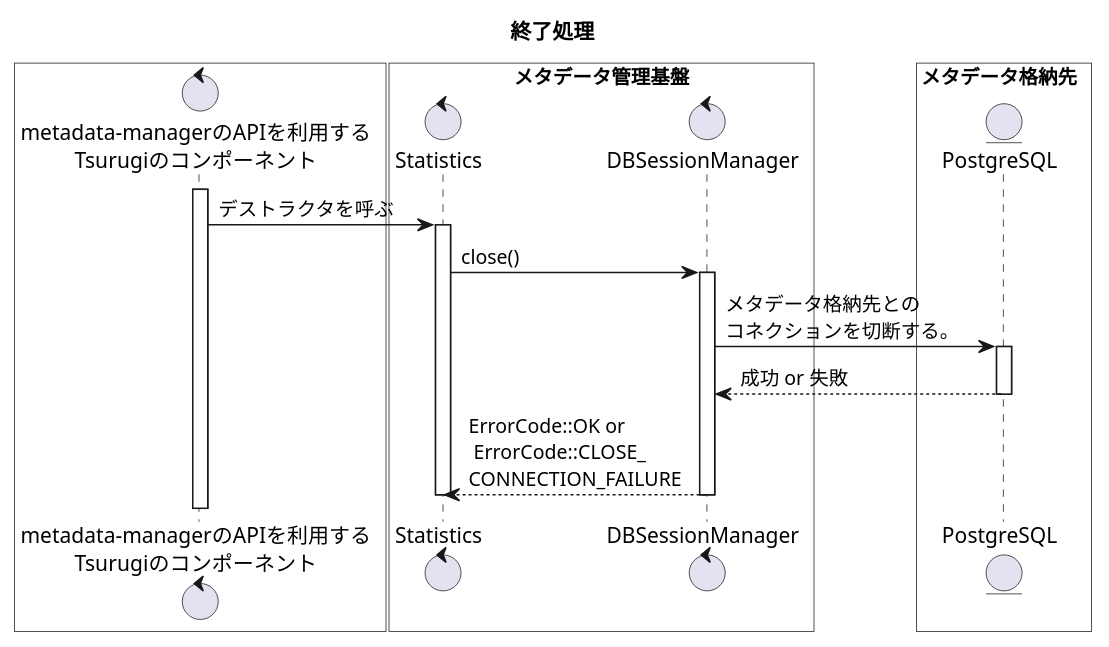
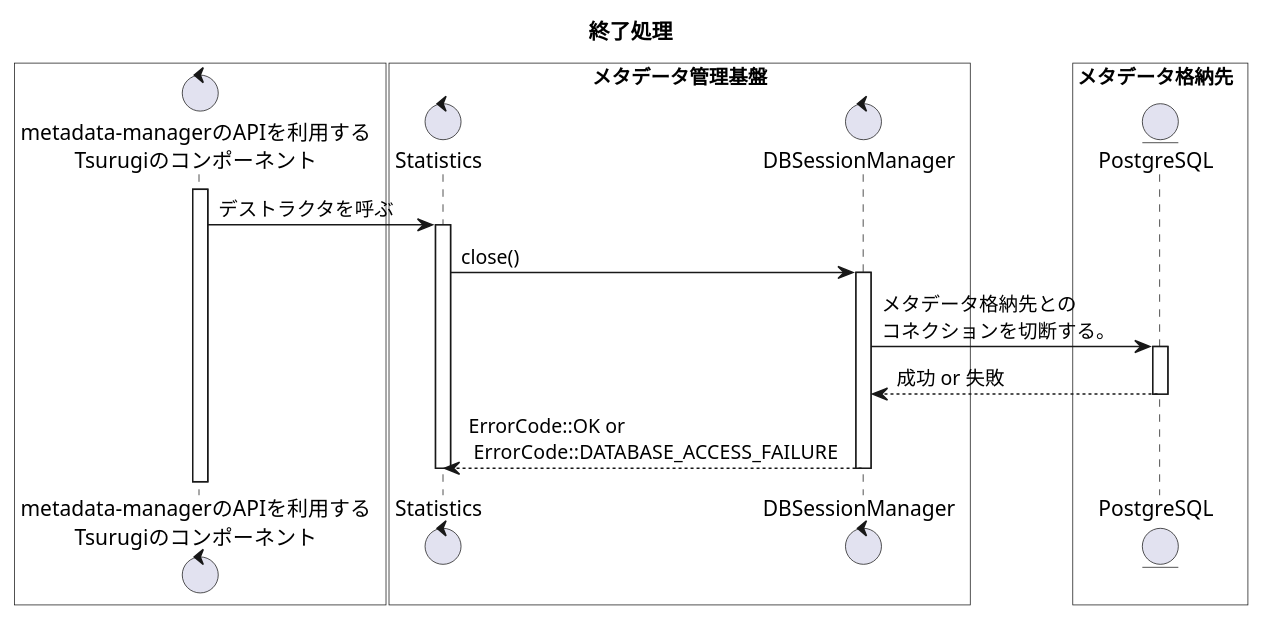
Before and after one commit to project-tsurugi/metadata-manager: the second of 12 diagrams in metadata-manager/docs/statistic/02.FD/uml/SequenceDiagram_detail.pu, drawn with PlantUML. The commit also changed other lines of this file and 7 other files, not shown here.

Commit message:
Fix ErrorCode

```diff
--- a/metadata-manager/docs/statistic/02.FD/uml/SequenceDiagram_detail.pu
+++ b/metadata-manager/docs/statistic/02.FD/uml/SequenceDiagram_detail.pu
@@ -84,28 +84,28 @@
 @startuml
 title 終了処理
 
 box #White
 control "metadata-managerのAPIを利用する\nTsurugiのコンポーネント" as ogawayama
 end box
 box "メタデータ管理基盤" #White
 control "Statistics" as Statistics
 control "DBSessionManager" as DBSessionManager
 end box
 box メタデータ格納先  #White
 entity "PostgreSQL" as metadata_storage
 end box
 
 activate ogawayama
 ogawayama -> Statistics : デストラクタを呼ぶ
 activate Statistics
 Statistics -> DBSessionManager : close()
 activate DBSessionManager
 DBSessionManager -> metadata_storage : メタデータ格納先との\nコネクションを切断する。
 activate metadata_storage
 DBSessionManager <-- metadata_storage : 成功 or 失敗
 deactivate metadata_storage
-Statistics <-- DBSessionManager : ErrorCode::OK or\n ErrorCode::CLOSE_\nCONNECTION_FAILURE
+Statistics <-- DBSessionManager : ErrorCode::OK or\n ErrorCode::DATABASE_ACCESS_FAILURE
 deactivate DBSessionManager
 deactivate Statistics
 deactivate DBSessionManager
 @enduml
```
